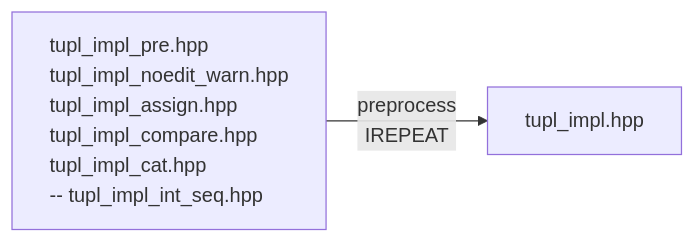
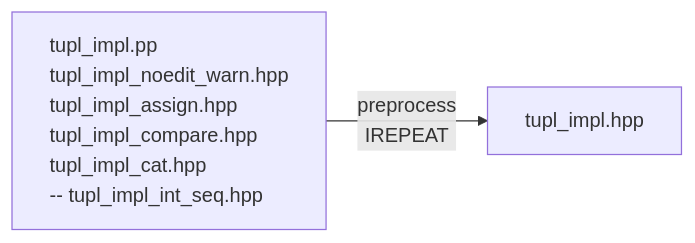
The second of 2 diagrams in readme.md (lemuriad/tupl), drawn with Mermaid before and after one commit. The commit also changed other lines of this file and 9 other files, not shown here.

First line of the commit message:
tupl_impl.pp meson cc.preprocess, remove tupl_impl.hpp

````diff
--- a/readme.md
+++ b/readme.md
@@ -552,6 +551,6 @@
 ```mermaid
   flowchart LR
-    tupl_impl[tupl_impl_pre.hpp<br>tupl_impl_noedit_warn.hpp<br>tupl_impl_assign.hpp<br>tupl_impl_compare.hpp<br>tupl_impl_cat.hpp<br>-- tupl_impl_int_seq.hpp] -->|preprocess<br>IREPEAT| tupl_impl.hpp
+    tupl_impl[tupl_impl.pp<br>tupl_impl_noedit_warn.hpp<br>tupl_impl_assign.hpp<br>tupl_impl_compare.hpp<br>tupl_impl_cat.hpp<br>-- tupl_impl_int_seq.hpp] -->|preprocess<br>IREPEAT| tupl_impl.hpp
     style tupl_impl text-align:left
 
 ```
````
